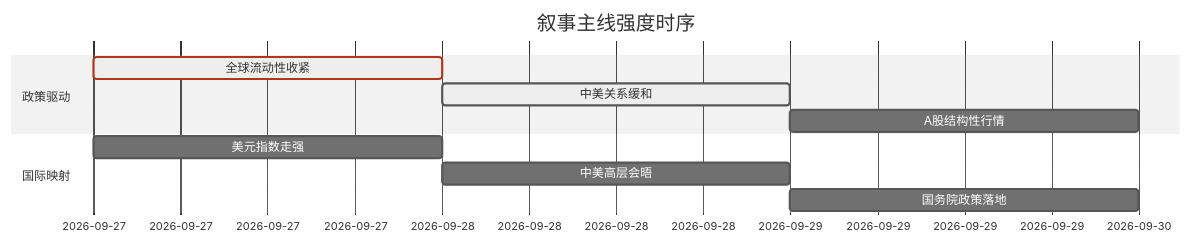
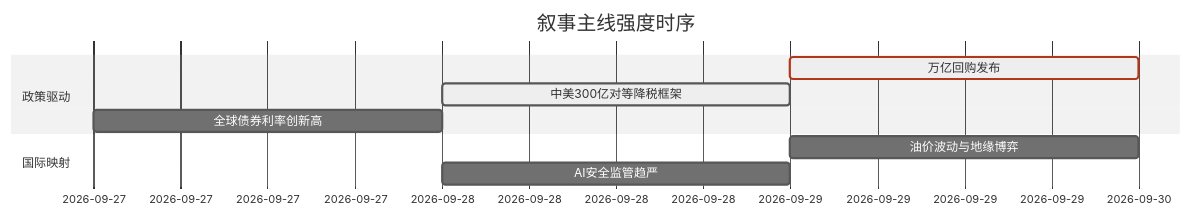
One commit to uu5zn/uu5zn.github.io changed the diagram in 5day_report.md. Above: the diagram before and after it, drawn with Mermaid (neutral theme). The commit also changed other lines of this file and 23 other files, not shown here.

````diff
--- a/5day_report.md
+++ b/5day_report.md
@@ -53,14 +53,13 @@
 ```mermaid
 gantt
     title 叙事主线强度时序
     dateFormat  YYYY-MM-DD
     section 政策驱动
-    全球流动性收紧   :crit, active, 2026-09-27, 1d
-    中美关系缓和      :active, 2026-09-28, 1d
-    A股结构性行情     :2026-09-29, 1d
+    万亿回购发布   :crit, active, 2026-09-29, 1d
+    中美300亿对等降税框架   :active, 2026-09-28, 1d
+    全球债券利率创新高   :2026-09-27, 1d
     
     section 国际映射
-    美元指数走强      :2026-09-27, 1d
-    中美高层会晤      :2026-09-28, 1d
-    国务院政策落地    :2026-09-29, 1d
+    油价波动与地缘博弈   :2026-09-29, 1d
+    AI安全监管趋严   :2026-09-28, 1d
 ```
````
